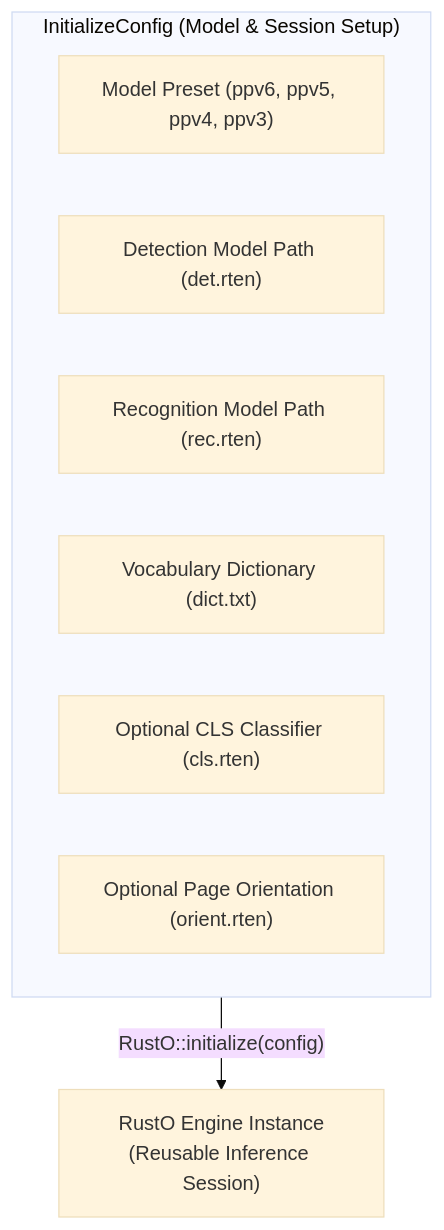
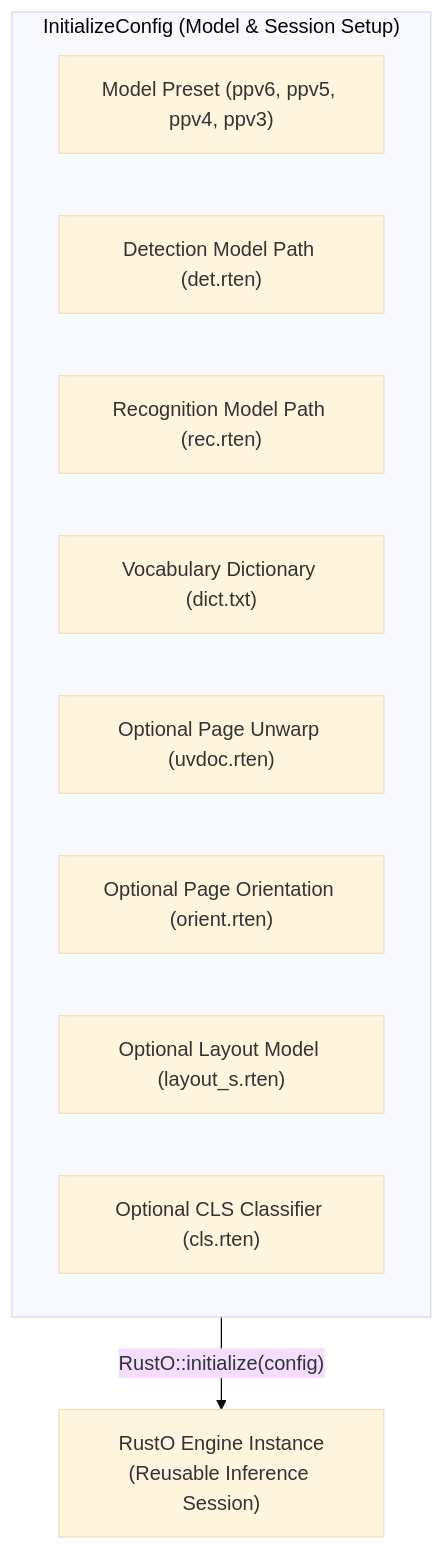
One commit to byrizki/rusto-rs changed the diagram in docs/content/en/04.api-reference/01.initialize-config.md. Above: the diagram before and after it, drawn with Mermaid (base theme). The commit also changed other lines of this file and 90 other files, not shown here.

````diff
--- a/docs/content/en/04.api-reference/01.initialize-config.md
+++ b/docs/content/en/04.api-reference/01.initialize-config.md
@@ -15,13 +15,15 @@
 ```mermaid
 flowchart TD
     subgraph Config ["InitializeConfig (Model & Session Setup)"]
         P["Model Preset (ppv6, ppv5, ppv4, ppv3)"]
         D["Detection Model Path (det.rten)"]
         R["Recognition Model Path (rec.rten)"]
         V["Vocabulary Dictionary (dict.txt)"]
+        U["Optional Page Unwarp (uvdoc.rten)"]
+        O["Optional Page Orientation (orient.rten)"]
+        L["Optional Layout Model (layout_s.rten)"]
         C["Optional CLS Classifier (cls.rten)"]
-        O["Optional Page Orientation (orient.rten)"]
     end
 
     Config -->|"RustO::initialize(config)"| Engine["RustO Engine Instance<br/>(Reusable Inference Session)"]
 ```
````
